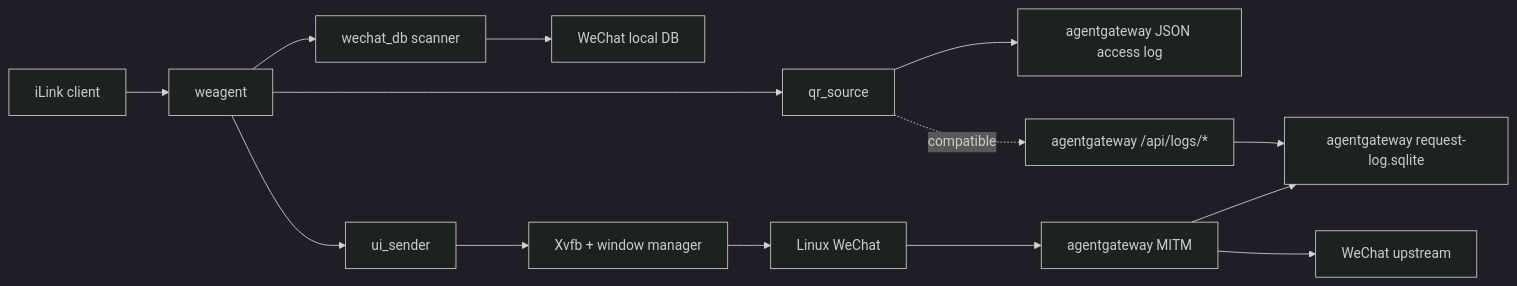
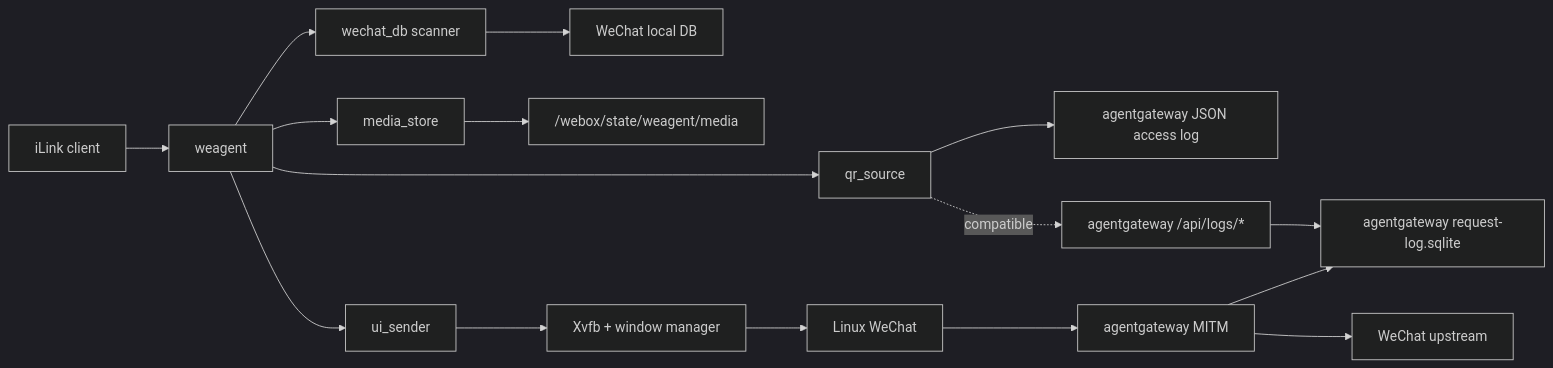
Before and after one commit to netcat-ai/webox: the diagram in docs/architecture.md, drawn with Mermaid (dark theme). The commit also changed other lines of this file and 8 other files, not shown here.

Commit message:
Add local iLink media upload flow

````diff
--- a/docs/architecture.md
+++ b/docs/architecture.md
@@ -26,20 +26,22 @@
 ```mermaid
 flowchart LR
   Client["iLink client"] --> Agent["weagent"]
 
   Agent --> QRSource["qr_source"]
   QRSource --> AGLOG["agentgateway JSON access log"]
   QRSource -. compatible .-> AGAPI["agentgateway /api/logs/*"]
   AGAPI --> AGDB["agentgateway request-log.sqlite"]
 
   Agent --> DBScanner["wechat_db scanner"]
   DBScanner --> WXDB["WeChat local DB"]
 
   Agent --> UISender["ui_sender"]
+  Agent --> MediaStore["media_store"]
+  MediaStore --> MediaDir["/webox/state/weagent/media"]
   UISender --> Display["Xvfb + window manager"]
   Display --> WeChat["Linux WeChat"]
 
   WeChat --> AGW["agentgateway MITM"]
   AGW --> WXNet["WeChat upstream"]
   AGW --> AGDB
 ```
````
